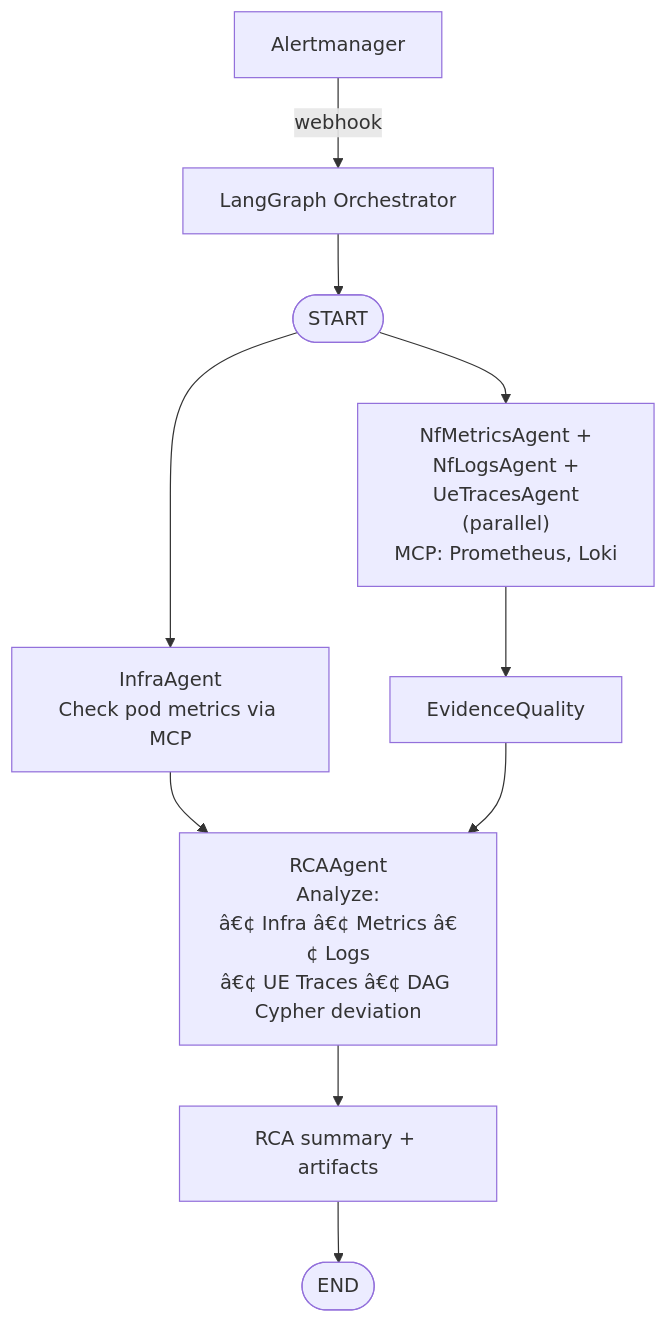
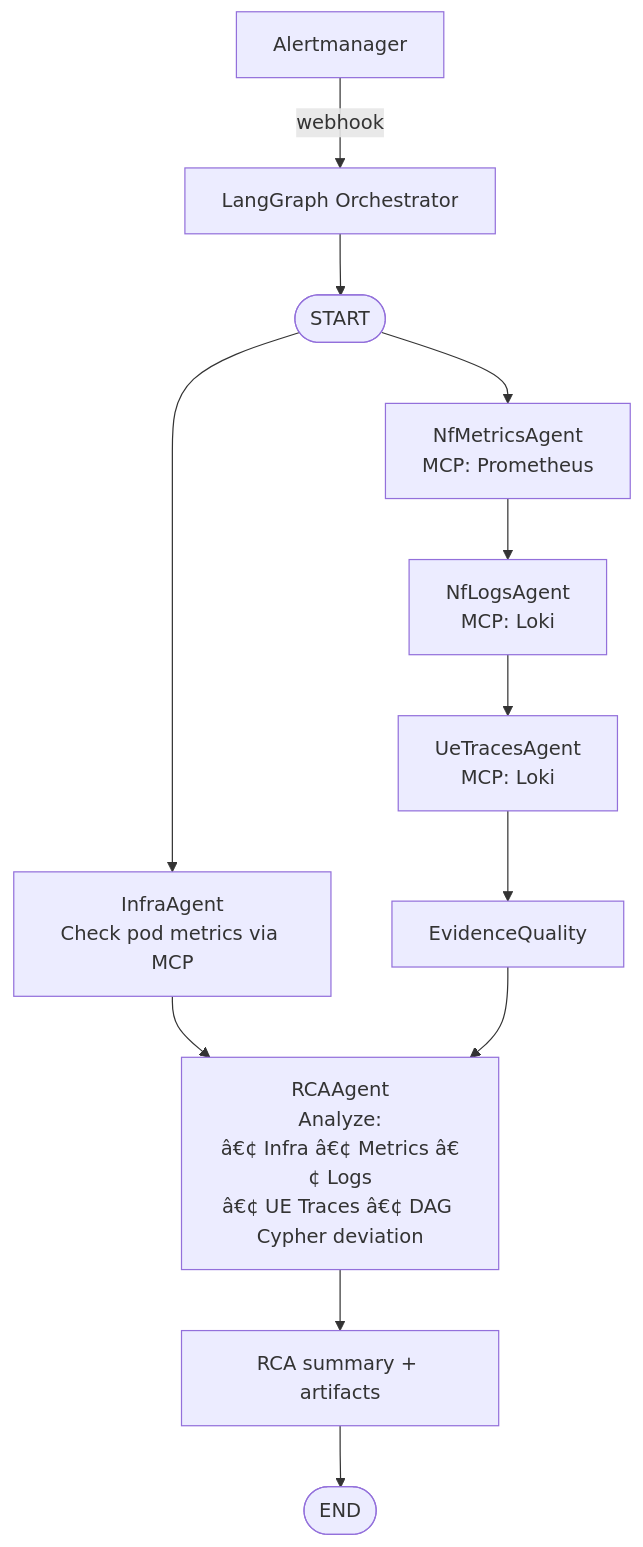
One commit to skapoula/5g-triage-agent changed the first of 2 diagrams in docs/triageagent_architecture_design2.md. Above: the diagram before and after it, drawn with Mermaid. The commit also changed other lines of this file and 2 other files, not shown here.

First line of the commit message:
docs: align architecture doc and diagrams with v3.2 implementation

````diff
--- a/docs/triageagent_architecture_design2.md
+++ b/docs/triageagent_architecture_design2.md
@@ -42,18 +42,20 @@
 ```mermaid
 flowchart TD
     A["Alertmanager"] -->|webhook| B["LangGraph Orchestrator"]
     B --> C(["START"])
 
     C --> D["InfraAgent<br/>Check pod metrics via MCP"]
-    C --> E["NfMetricsAgent +<br/>NfLogsAgent +<br/>UeTracesAgent<br/>(parallel)<br/>MCP: Prometheus, Loki"]
+    C --> E["NfMetricsAgent<br/>MCP: Prometheus"]
 
-    E --> F["EvidenceQuality"]
+    E --> E2["NfLogsAgent<br/>MCP: Loki"]
+    E2 --> E3["UeTracesAgent<br/>MCP: Loki"]
+    E3 --> F["EvidenceQuality"]
 
     D --> G
     F --> G
 
     G["RCAAgent<br/>Analyze:<br/>â€¢ Infra â€¢ Metrics â€¢ Logs<br/>â€¢ UE Traces â€¢ DAG Cypher deviation"]
 
     G --> H["RCA summary + artifacts"]
     H --> I(["END"])
 ```
````
